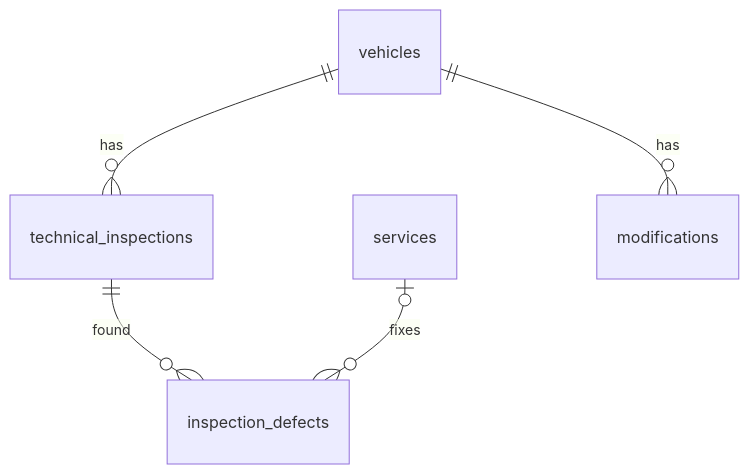
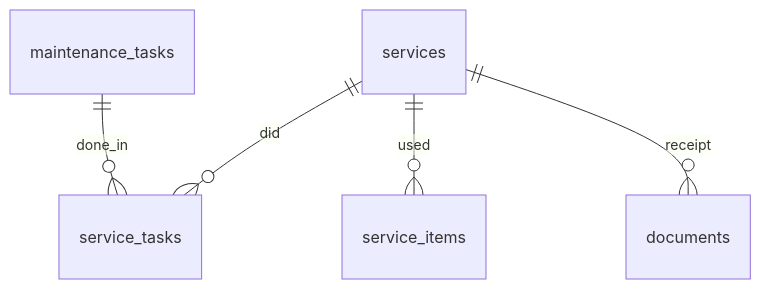
One commit to tmy-code/tmy_garage changed the third of 3 diagrams in docs/data-model.md. Above: the diagram before and after it, drawn with Mermaid. The commit also changed other lines of this file and 36 other files, not shown here.

````diff
--- a/docs/data-model.md
+++ b/docs/data-model.md
@@ -338,7 +179,7 @@
 ```mermaid
 erDiagram
-  vehicles ||--o{ technical_inspections : has
-  technical_inspections ||--o{ inspection_defects : found
-  services |o--o{ inspection_defects : fixes
-  vehicles ||--o{ modifications : has
+  services ||--o{ service_tasks : did
+  maintenance_tasks ||--o{ service_tasks : done_in
+  services ||--o{ service_items : used
+  services ||--o{ documents : receipt
 ```
````
